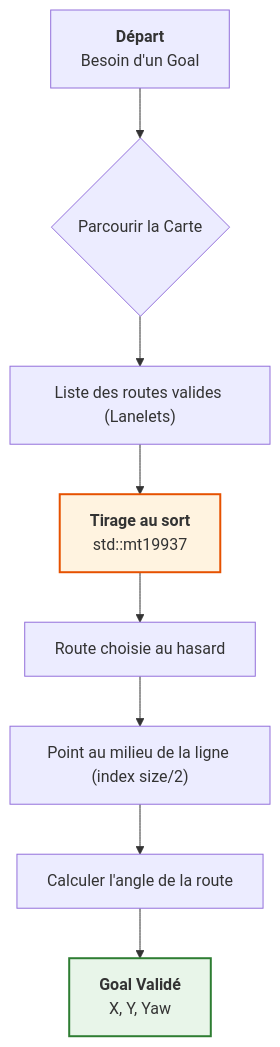
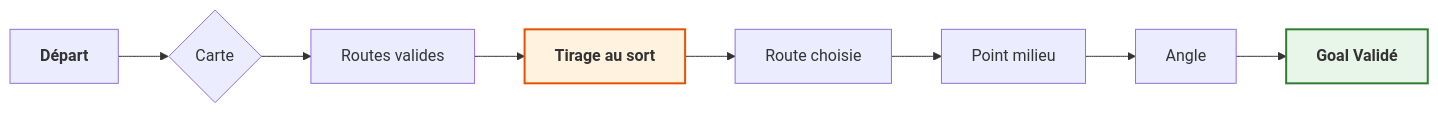
The seventh of 7 diagrams in README.md (lisanouri/graphes), drawn with Mermaid before and after one commit.

````diff
--- a/README.md
+++ b/README.md
@@ -134,13 +134,13 @@
 ```mermaid
-graph TD
-    A[<b>Départ</b><br/>Besoin d'un Goal] --> B{Parcourir la Carte}
-    B --> C["Liste des routes valides (Lanelets)"]
-    C --> D[<b>Tirage au sort</b><br/>std::mt19937]
-    D --> E[Route choisie au hasard]
-    E --> F["Point au milieu de la ligne (index size/2)"]
-    F --> G[Calculer l'angle de la route]
-    G --> H[<b>Goal Validé</b><br/>X, Y, Yaw]
+graph LR
+    A[<b>Départ</b>] --> B{Carte}
+    B --> C[Routes valides]
+    C --> D[<b>Tirage au sort</b>]
+    D --> E[Route choisie]
+    E --> F[Point milieu]
+    F --> G[Angle]
+    G --> H[<b>Goal Validé</b>]
 
     style D fill:#fff3e0,stroke:#e65100,stroke-width:2px
     style H fill:#e8f5e9,stroke:#2e7d32,stroke-width:2px
 ```
````
